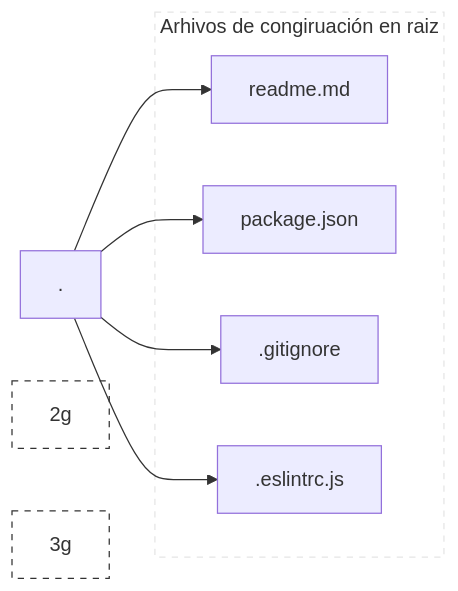
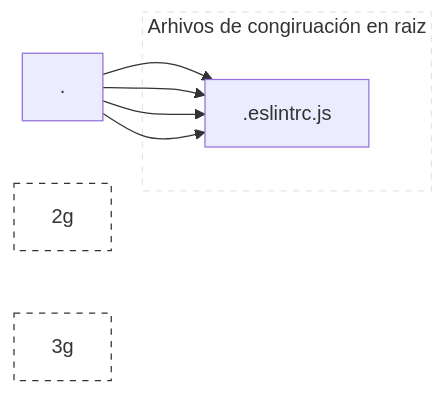
The diagram in readme.md (manuel1488/LaunchX_BackEnd_CodeChallenge-VisualThinking), drawn with Mermaid before and after one commit.

Commit message:
cambio en readme.md para cambiar grafico

````diff
--- a/readme.md
+++ b/readme.md
@@ -21,19 +21,16 @@
 ```mermaid
 graph LR
     root[.] --> 1[readme.md]
-    root[.] --> 2[package.json]
-    root[.] --> 3[.gitignore]
-    root[.] --> 4[.eslintrc.js]
+    root[.] --> 1[package.json]
+    root[.] --> 1[.gitignore]
+    root[.] --> 1[.eslintrc.js]
     subgraph 1g[Arhivos de congiruación en raiz]
-        1
-        2
-        3
-        4
+        1        
     end
 
 
 
 style 1g fill:transparent,stroke:#E5E5E5,stroke-width:1px,stroke-dasharray:5;
 style 2g fill:transparent,stroke:#323232,stroke-width:1px,stroke-dasharray:5;
 style 3g fill:transparent,stroke:#323232,stroke-width:1px,stroke-dasharray:5;
 ```
````
